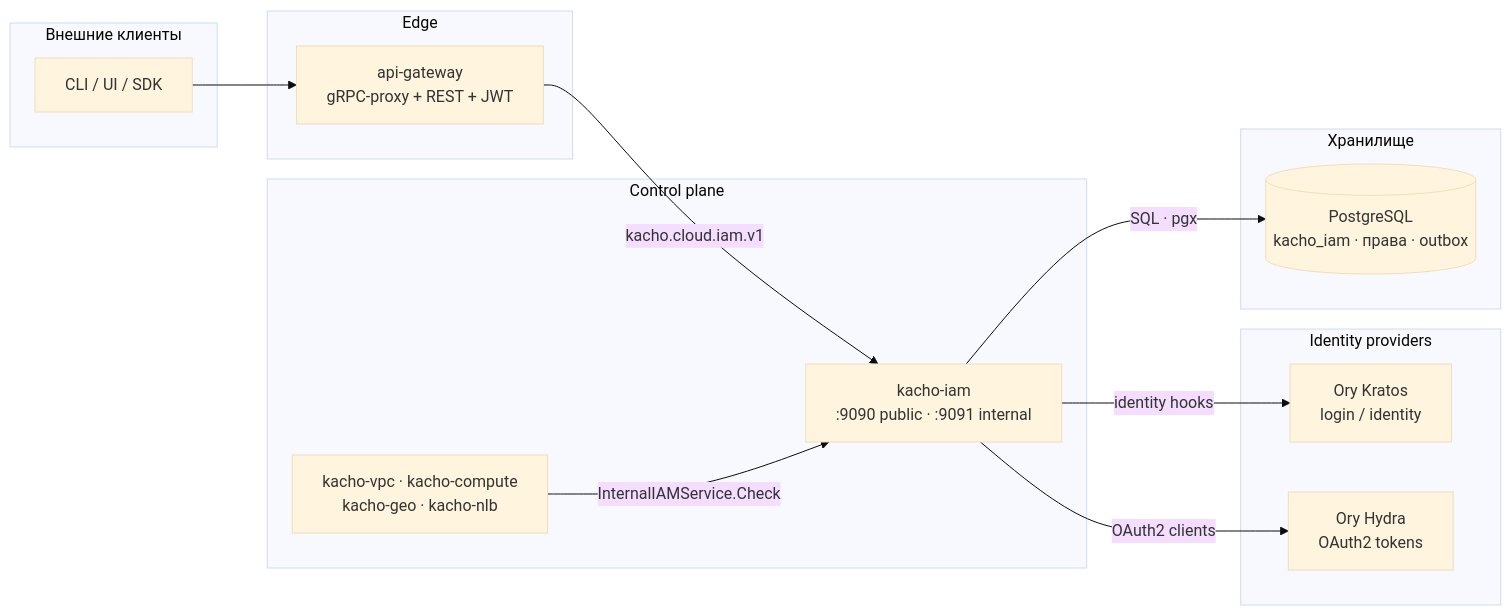
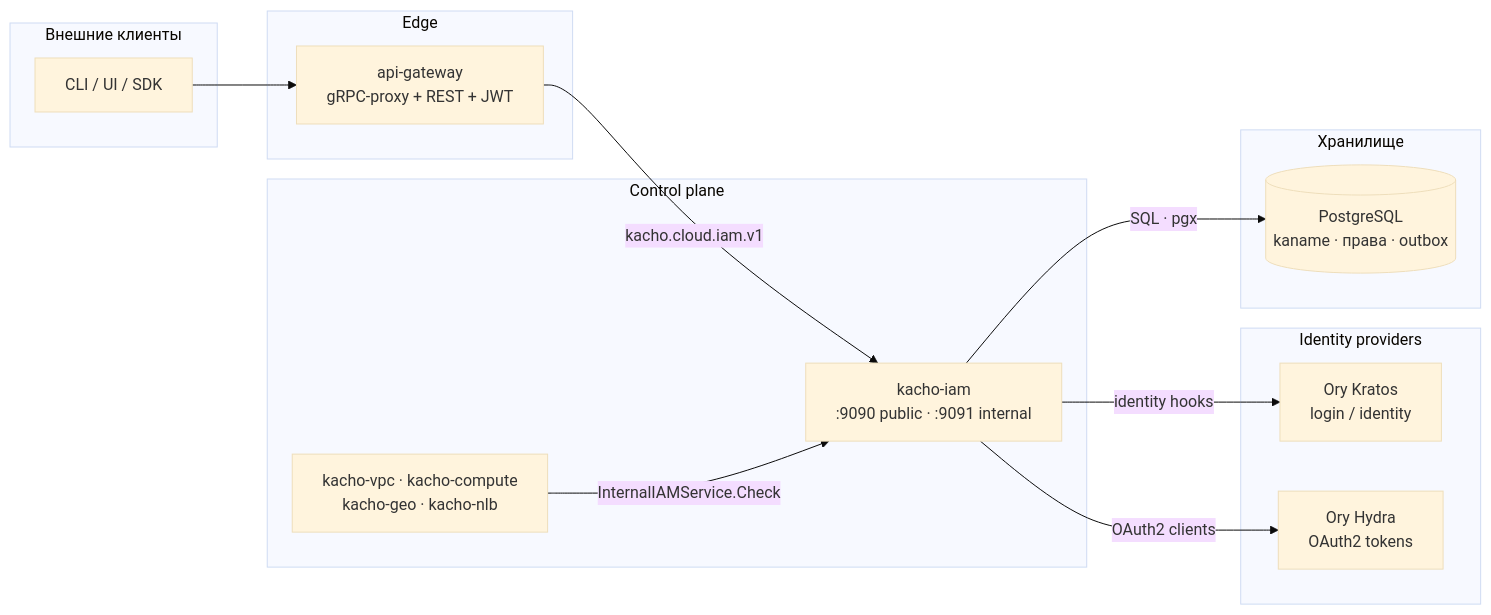
One commit to PRO-Robotech/kacho changed the second of 2 diagrams in services/iam/docs/content/intro.mdx. Above: the diagram before and after it, drawn with Mermaid (base theme). The commit also changed other lines of this file and 700 other files, not shown here.

First line of the commit message:
refactor(iam): схема Postgres названа именем своего продукта

````diff
--- a/services/iam/docs/content/intro.mdx
+++ b/services/iam/docs/content/intro.mdx
@@ -127,27 +127,27 @@
 ```mermaid
 flowchart LR
   subgraph ext["Внешние клиенты"]
     cli["CLI / UI / SDK"]
   end
   subgraph edge["Edge"]
     agw["api-gateway<br/>gRPC-proxy + REST + JWT"]
   end
   subgraph cp["Control plane"]
     iam["kacho-iam<br/>:9090 public · :9091 internal"]
     peers["kacho-vpc · kacho-compute<br/>kacho-geo · kacho-nlb"]
   end
   subgraph idp["Identity providers"]
     kratos["Ory Kratos<br/>login / identity"]
     hydra["Ory Hydra<br/>OAuth2 tokens"]
   end
   subgraph store["Хранилище"]
-    pg[("PostgreSQL<br/>kacho_iam · права · outbox")]
+    pg[("PostgreSQL<br/>kaname · права · outbox")]
   end
 
   cli --> agw
   agw -->|"kacho.cloud.iam.v1"| iam
   iam -->|"SQL · pgx"| pg
   iam -->|"identity hooks"| kratos
   iam -->|"OAuth2 clients"| hydra
   peers -->|"InternalIAMService.Check"| iam
 ```
````
